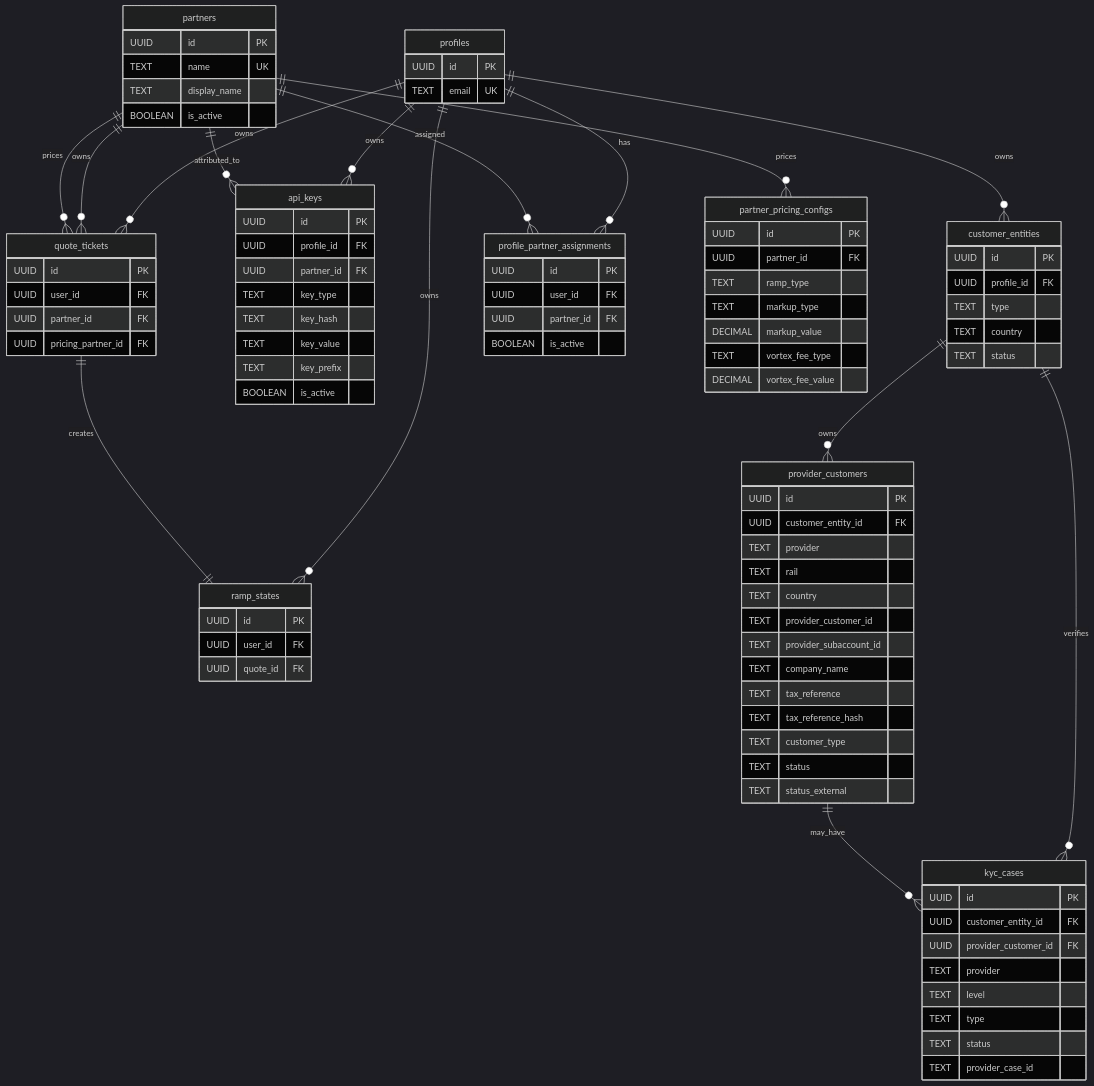
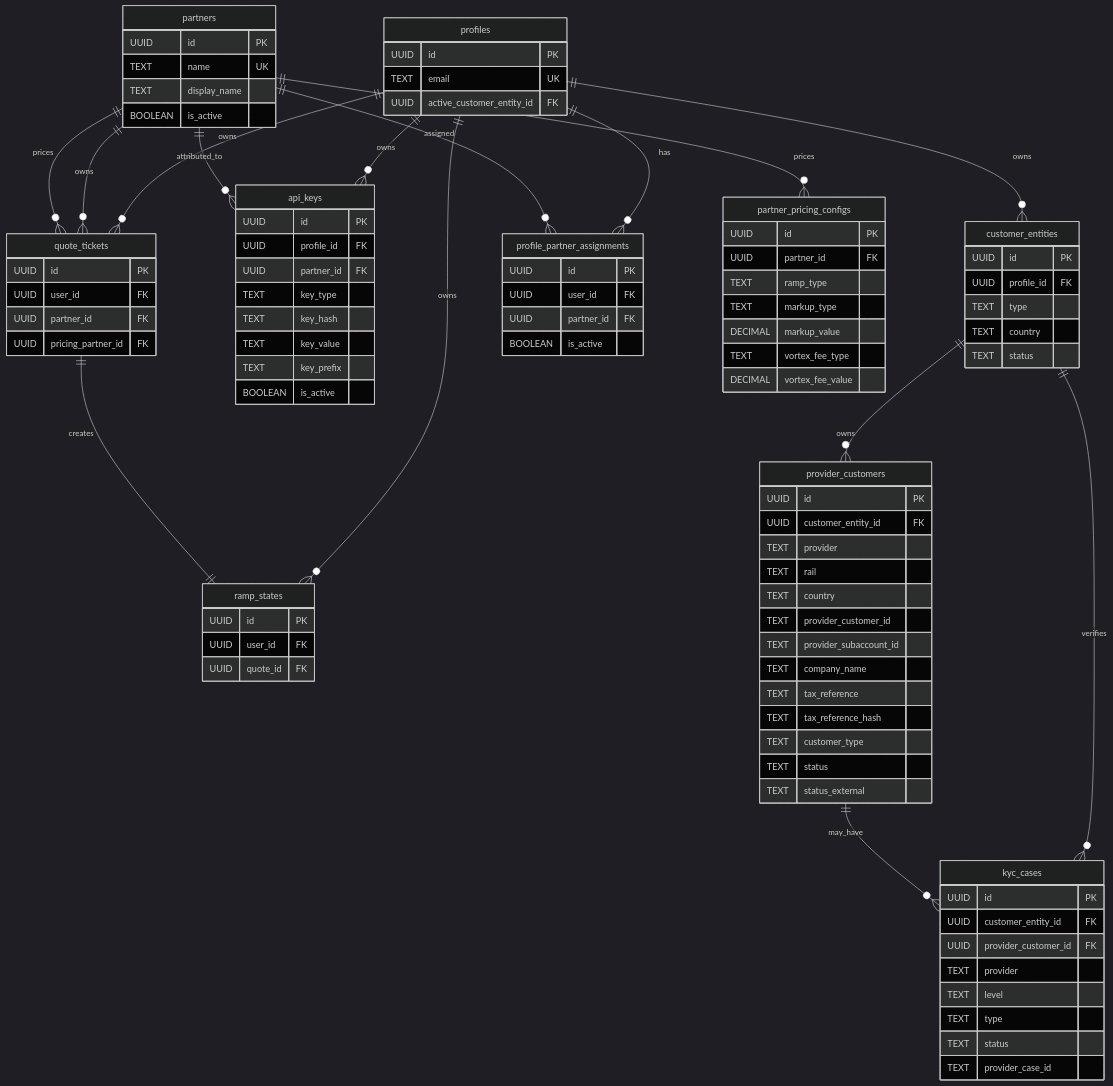
The diagram in docs/architecture/unified-user-management-schema.md (pendulum-chain/vortex), drawn with Mermaid (dark theme) before and after one commit. The commit also changed other lines of this file and 57 other files, not shown here.

Commit message:
Add dashboard company KYB flows

```diff
--- a/docs/architecture/unified-user-management-schema.md
+++ b/docs/architecture/unified-user-management-schema.md
@@ -223,6 +230,7 @@
     profiles {
         UUID id PK
         TEXT email UK
+        UUID active_customer_entity_id FK
     }
     customer_entities {
         UUID id PK
```
